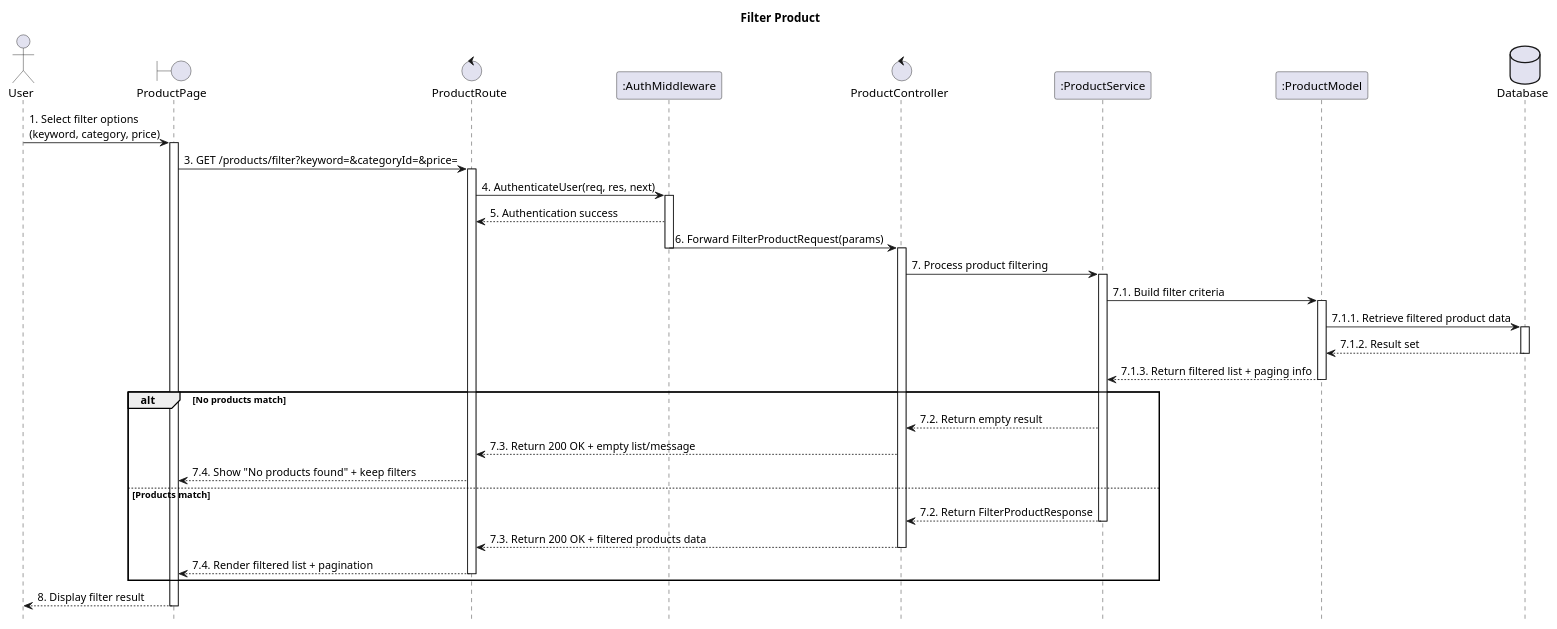
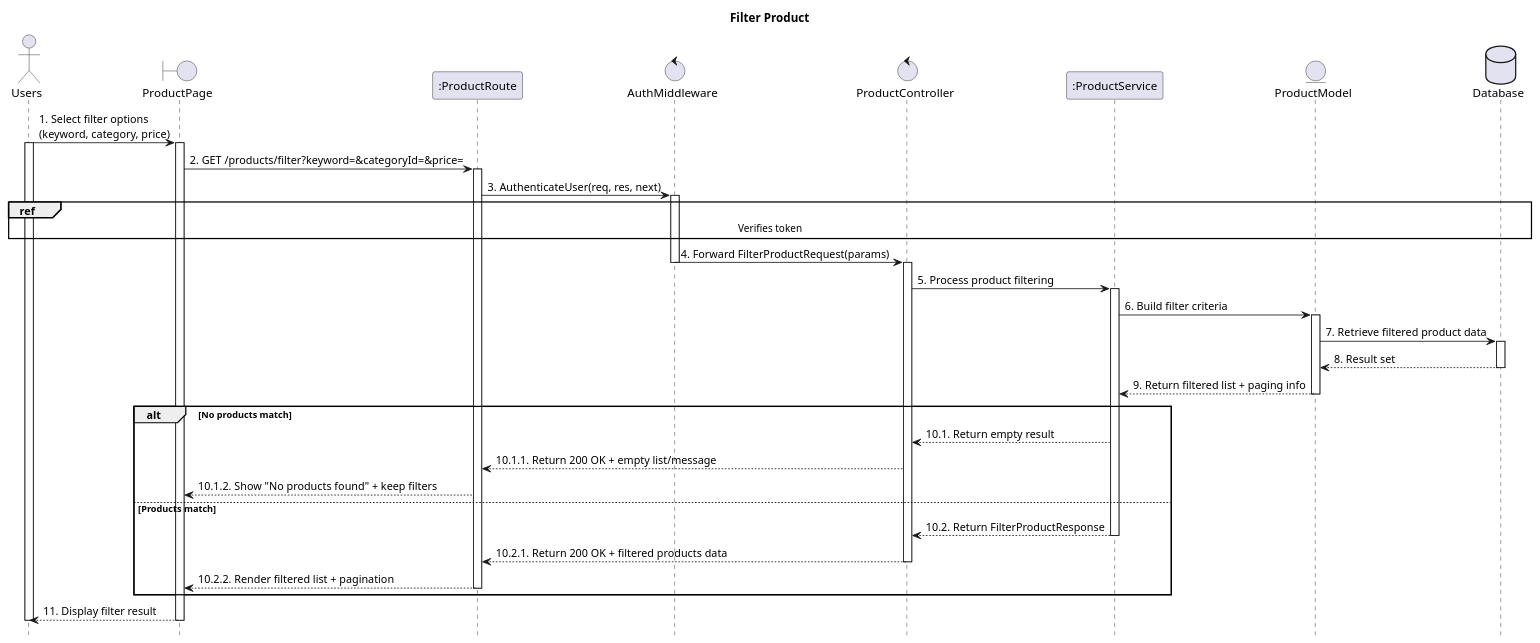
The diagram in planuml/web/13.5_filterProduct.puml (VietDurian/VietDurian), drawn with PlantUML before and after one commit. The commit also changed 29 other files, not shown here.

Commit message:
Adjust sequence for Web

```diff
--- a/planuml/web/13.5_filterProduct.puml
+++ b/planuml/web/13.5_filterProduct.puml
@@ -1,56 +1,58 @@
 @startuml 13.5_filterProduct
 hide footbox
 title Filter Product
 
-actor User
+actor User as "Users"
 boundary ProductPage as View
-control ProductRoute as Route
-participant ":AuthMiddleware" as Middleware
+participant ":ProductRoute" as Route
+control "AuthMiddleware" as Middleware
 control "ProductController" as Controller
 participant ":ProductService" as Service
-participant ":ProductModel" as Model
+entity "ProductModel" as Model
 database Database as Database
 
 User -> View : 1. Select filter options\n(keyword, category, price)
 activate View
+activate User
 
-    View -> Route : 3. GET /products/filter?keyword=&categoryId=&price=
+    View -> Route : 2. GET /products/filter?keyword=&categoryId=&price=
     activate Route
 
-    Route -> Middleware : 4. AuthenticateUser(req, res, next)
+    Route -> Middleware : 3. AuthenticateUser(req, res, next)
     activate Middleware
-    Middleware --> Route : 5. Authentication success
-    Middleware -> Controller : 6. Forward FilterProductRequest(params)
+    ref over User, Database : Verifies token
+    Middleware -> Controller : 4. Forward FilterProductRequest(params)
     deactivate Middleware
     activate Controller
 
-    Controller -> Service : 7. Process product filtering
+    Controller -> Service : 5. Process product filtering
     activate Service
 
-    Service -> Model : 7.1. Build filter criteria
+    Service -> Model : 6. Build filter criteria
     activate Model
 
-    Model -> Database : 7.1.1. Retrieve filtered product data
+    Model -> Database : 7. Retrieve filtered product data
     activate Database
-    Database --> Model : 7.1.2. Result set
+    Database --> Model : 8. Result set
     deactivate Database
 
-    Model --> Service : 7.1.3. Return filtered list + paging info
+    Model --> Service : 9. Return filtered list + paging info
     deactivate Model
 
 alt No products match
-    Service --> Controller : 7.2. Return empty result
-    Controller --> Route : 7.3. Return 200 OK + empty list/message
-    Route --> View : 7.4. Show "No products found" + keep filters
+    Service --> Controller : 10.1. Return empty result
+    Controller --> Route : 10.1.1. Return 200 OK + empty list/message
+    Route --> View : 10.1.2. Show "No products found" + keep filters
 else Products match
-    Service --> Controller : 7.2. Return FilterProductResponse
+    Service --> Controller : 10.2. Return FilterProductResponse
     deactivate Service
-    Controller --> Route : 7.3. Return 200 OK + filtered products data
+    Controller --> Route : 10.2.1. Return 200 OK + filtered products data
     deactivate Controller
-    Route --> View : 7.4. Render filtered list + pagination
+    Route --> View : 10.2.2. Render filtered list + pagination
     deactivate Route
 end
 
-View --> User : 8. Display filter result
+View --> User : 11. Display filter result
 deactivate View
+deactivate User
 @enduml
```
